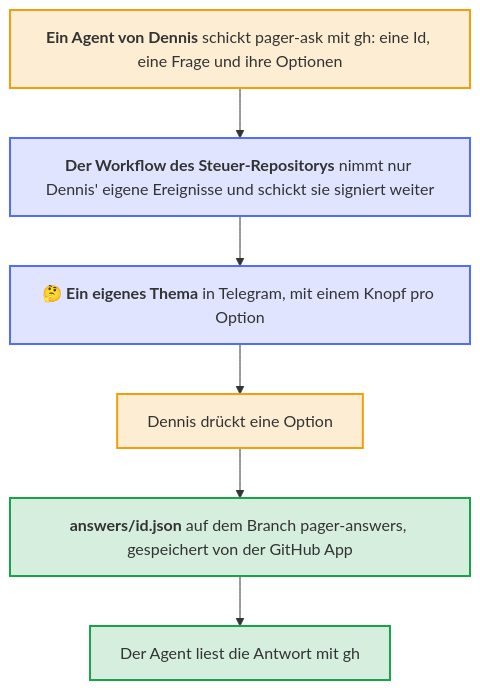
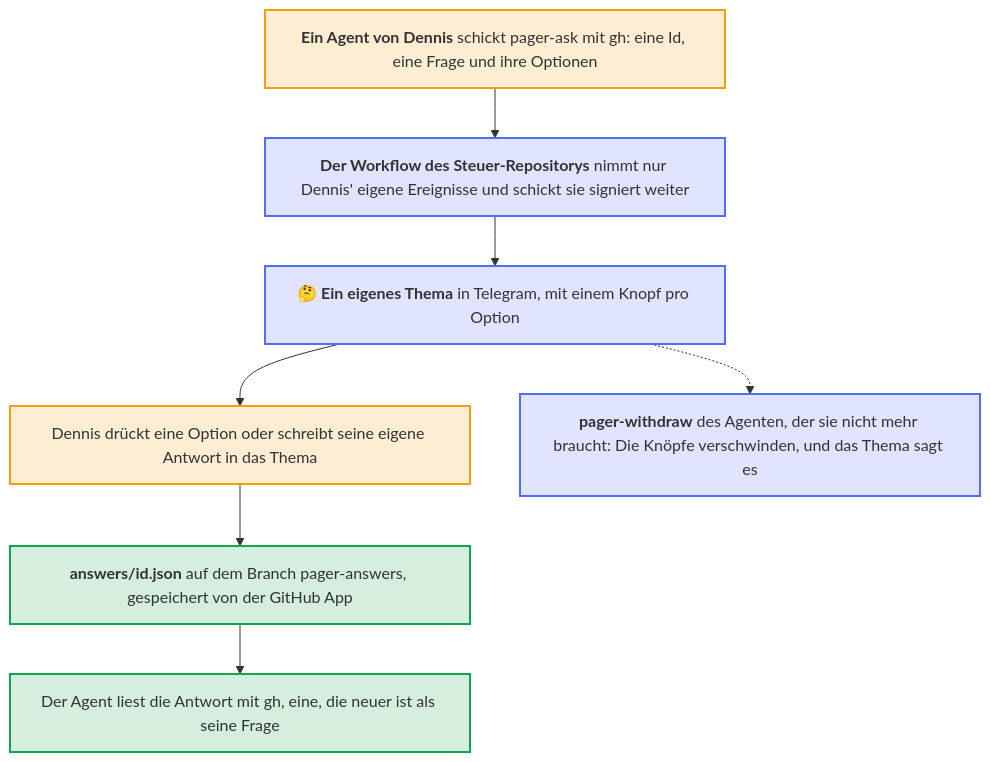
The diagram in docs/diagrams/a-question-of-an-agent.de.mmd (Dennis-Otto/dennis-otto-pager), drawn with Mermaid before and after one commit. The commit also changed 22 other files, not shown here.

First line of the commit message:
feat: Dennis can answer a decision in his own words, and an agent can take a question back (#78)

```diff
--- a/docs/diagrams/a-question-of-an-agent.de.mmd
+++ b/docs/diagrams/a-question-of-an-agent.de.mmd
@@ -1,24 +1,26 @@
 ---
 config:
   flowchart:
     wrappingWidth: 400
 ---
 flowchart TB
     accTitle: Die Frage eines Agenten
-    accDescr: Ein Agent von Dennis, etwa ein Orchestrator auf seinem PC, schickt das Ereignis pager-ask mit gh an das private Steuer-Repository, mit einer Id, einer Frage und zwei bis vier Optionen. Dessen Workflow nimmt nur ein Ereignis von Dennis selbst, prüft es und schickt es signiert an den Worker. Der Pager öffnet ein Thema für die Frage, mit einem Knopf pro Option. Dennis drückt einen, und die GitHub App speichert seine Antwort als answers/id.json auf dem Branch pager-answers des Steuer-Repositorys. Der Agent liest sie dort mit gh, ohne ein eigenes Geheimnis.
+    accDescr: Ein Agent von Dennis, etwa ein Orchestrator auf seinem PC, schickt das Ereignis pager-ask mit gh an das private Steuer-Repository, mit einer Id, einer Frage und zwei bis vier Optionen. Dessen Workflow nimmt nur ein Ereignis von Dennis selbst, prüft es und schickt es signiert an den Worker. Der Pager öffnet ein Thema für die Frage, mit einem Knopf pro Option. Dennis drückt einen oder schreibt seine eigene Antwort in das Thema, und die GitHub App speichert sie als answers/id.json auf dem Branch pager-answers des Steuer-Repositorys. Der Agent liest sie dort mit gh, ohne ein eigenes Geheimnis, und wait nimmt nur eine Antwort, die neuer ist als die Frage. Ein Agent, der die Antwort nicht mehr braucht, schickt pager-withdraw: Die Knöpfe verschwinden, und das Thema sagt, dass er die Frage zurückgenommen hat.
 
     agent["`**Ein Agent von Dennis** schickt pager-ask mit gh: eine Id, eine Frage und ihre Optionen`"]
     control["`**Der Workflow des Steuer-Repositorys** nimmt nur Dennis' eigene Ereignisse und schickt sie signiert weiter`"]
     topic["`**🤔 Ein eigenes Thema** in Telegram, mit einem Knopf pro Option`"]
-    press["Dennis drückt eine Option"]
+    press["Dennis drückt eine Option oder schreibt seine eigene Antwort in das Thema"]
     saved["`**answers/id.json** auf dem Branch pager-answers, gespeichert von der GitHub App`"]
-    read["Der Agent liest die Antwort mit gh"]
+    read["Der Agent liest die Antwort mit gh, eine, die neuer ist als seine Frage"]
+    back["`**pager-withdraw** des Agenten, der sie nicht mehr braucht: Die Knöpfe verschwinden, und das Thema sagt es`"]
 
     agent --> control --> topic --> press --> saved --> read
+    topic -.-> back
 
     classDef you fill:#f59e0b2e,stroke:#f59e0b,stroke-width:2px
     classDef bot fill:#526cfe2e,stroke:#526cfe,stroke-width:2px
     classDef done fill:#16a34a2e,stroke:#16a34a,stroke-width:2px
     class agent,press you
-    class control,topic bot
+    class control,topic,back bot
     class saved,read done
```
